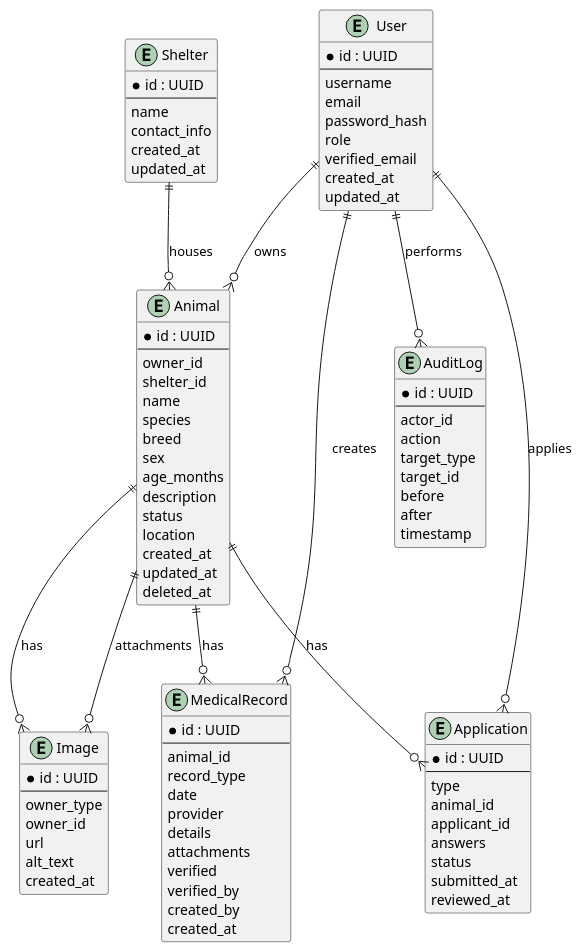
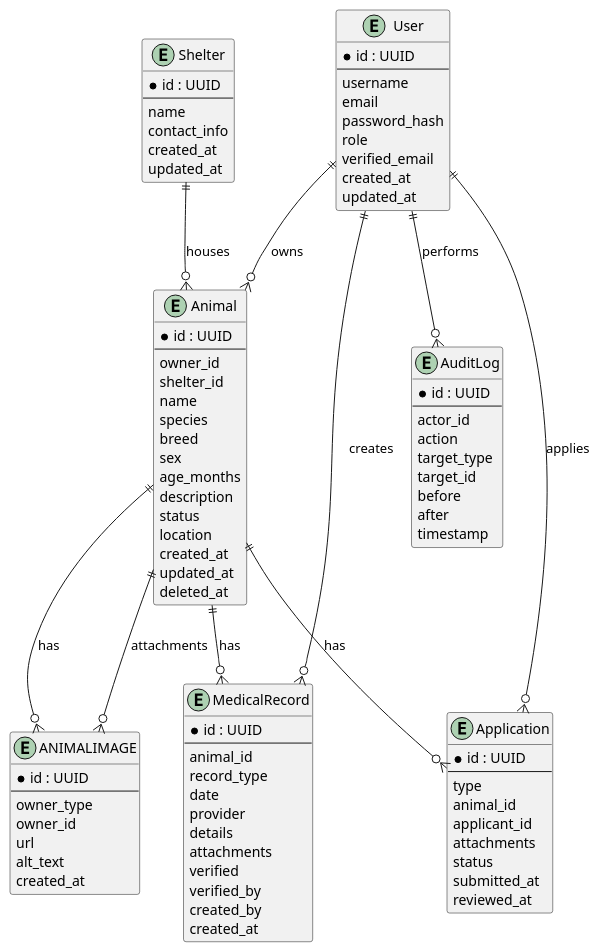
Before and after one commit to yeepop/SoftwareEngineeringProject: the diagram in specs/002-title-description-project/assets/erd.puml, drawn with PlantUML. The commit also changed 15 other files, not shown here.

```diff
--- a/specs/002-title-description-project/assets/erd.puml
+++ b/specs/002-title-description-project/assets/erd.puml
@@ -1,104 +1,105 @@
 @startuml
+' ERD generated/normalized to match schema.prisma - ANIMALIMAGE used for image attachments
 ' Entities
 entity "User" as U {
   * id : UUID
   --
   username
   email
   password_hash
   role
   verified_email
   created_at
   updated_at
 }
 
 entity "Shelter" as S {
   * id : UUID
   --
   name
   contact_info
   created_at
   updated_at
 }
 
 entity "Animal" as A {
   * id : UUID
   --
   owner_id
   shelter_id
   name
   species
   breed
   sex
   age_months
   description
   status
   location
   created_at
   updated_at
   deleted_at
 }
 
-entity "Image" as I {
+entity "ANIMALIMAGE" as AI {
   * id : UUID
   --
   owner_type
   owner_id
   url
   alt_text
   created_at
 }
 
 entity "Application" as App {
   * id : UUID
   --
   type
   animal_id
   applicant_id
-  answers
+  attachments
   status
   submitted_at
   reviewed_at
 }
 
 entity "MedicalRecord" as MR {
   * id : UUID
   --
   animal_id
   record_type
   date
   provider
   details
   attachments
   verified
   verified_by
   created_by
   created_at
 }
 
 entity "AuditLog" as AL {
   * id : UUID
   --
   actor_id
   action
   target_type
   target_id
   before
   after
   timestamp
 }
 
 ' Relationships
 U ||--o{ A : owns
 S ||--o{ A : houses
-A ||--o{ I : has
+A ||--o{ AI : has
 A ||--o{ App : has
 U ||--o{ App : applies
 A ||--o{ MR : has
 U ||--o{ MR : creates
 U ||--o{ AL : performs
 
 ' Composite/attachment relationship
-A ||--o{ I : attachments
+A ||--o{ AI : attachments
 
 @enduml
```
